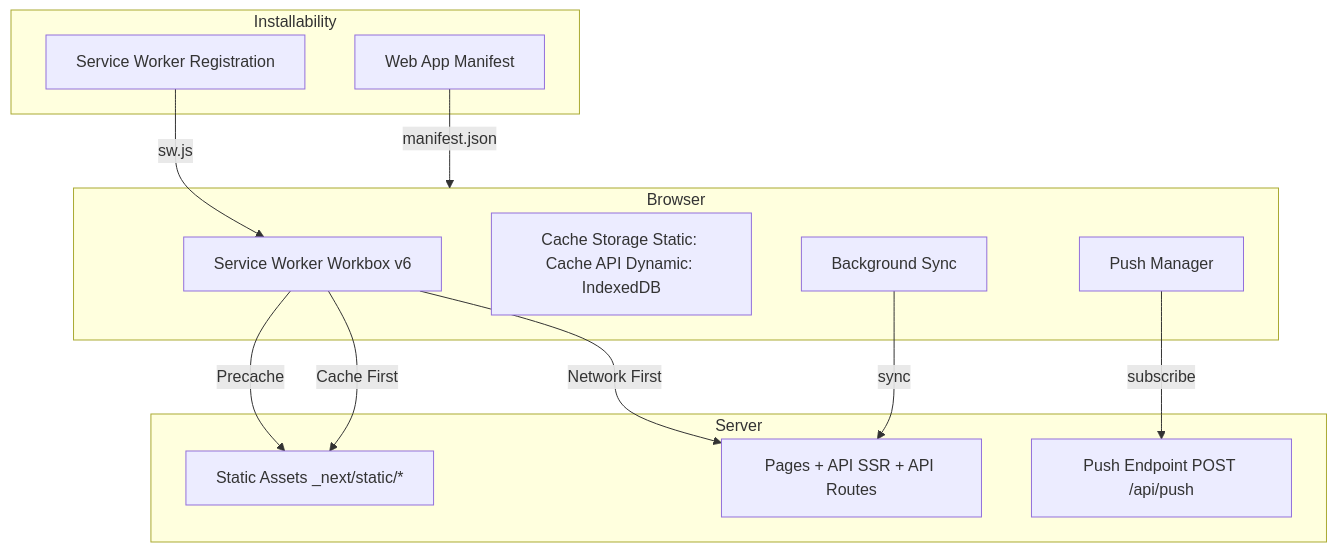
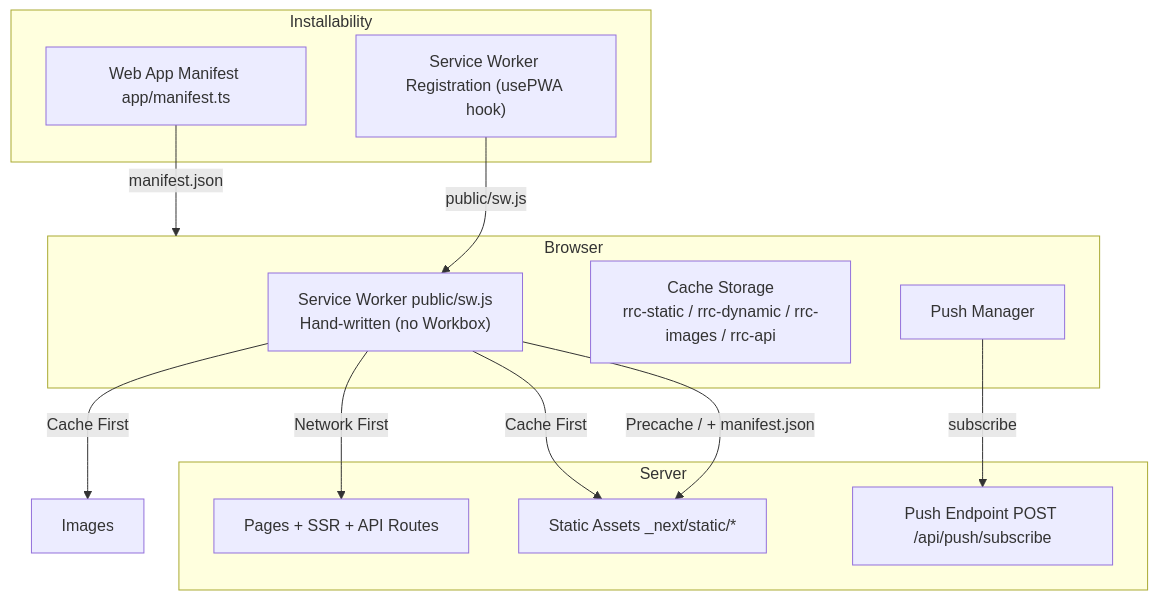
Before and after one commit to dharshan47/rrckitchen: the first of 4 diagrams in docs/10-pwa-offline.md, drawn with Mermaid. The commit also changed other lines of this file and 462 other files, not shown here.

````diff
--- a/docs/10-pwa-offline.md
+++ b/docs/10-pwa-offline.md
@@ -11,29 +11,28 @@
 ```mermaid
 %%{init: {'flowchart': {'curve': 'basis', 'useMaxWidth': true}}}%%
 flowchart TB
     subgraph "Browser"
-        SW["Service Worker Workbox v6"]
-        CS["Cache Storage Static: Cache API Dynamic: IndexedDB"]
+        SW["Service Worker public/sw.js<br/>Hand-written (no Workbox)"]
+        CS["Cache Storage<br/>rrc-static / rrc-dynamic / rrc-images / rrc-api"]
         PM["Push Manager"]
-        BS["Background Sync"]
     end
 
     subgraph "Server"
         Assets["Static Assets _next/static/*"]
-        Pages["Pages + API SSR + API Routes"]
-        Push["Push Endpoint POST /api/push"]
+        Pages["Pages + SSR + API Routes"]
+        Push["Push Endpoint POST /api/push/subscribe"]
     end
 
     subgraph "Installability"
-        M["Web App Manifest"]
-        SWR["Service Worker Registration"]
+        M["Web App Manifest app/manifest.ts"]
+        SWR["Service Worker Registration (usePWA hook)"]
     end
 
     M -->|"manifest.json"| Browser
-    SWR -->|"sw.js"| SW
-    SW -->|"Precache"| Assets
+    SWR -->|"public/sw.js"| SW
+    SW -->|"Precache / + manifest.json"| Assets
+    SW -->|"Cache First"| Assets
     SW -->|"Network First"| Pages
-    SW -->|"Cache First"| Assets
+    SW -->|"Cache First"| Images
     PM -->|"subscribe"| Push
-    BS -->|"sync"| Pages
 ```
````
